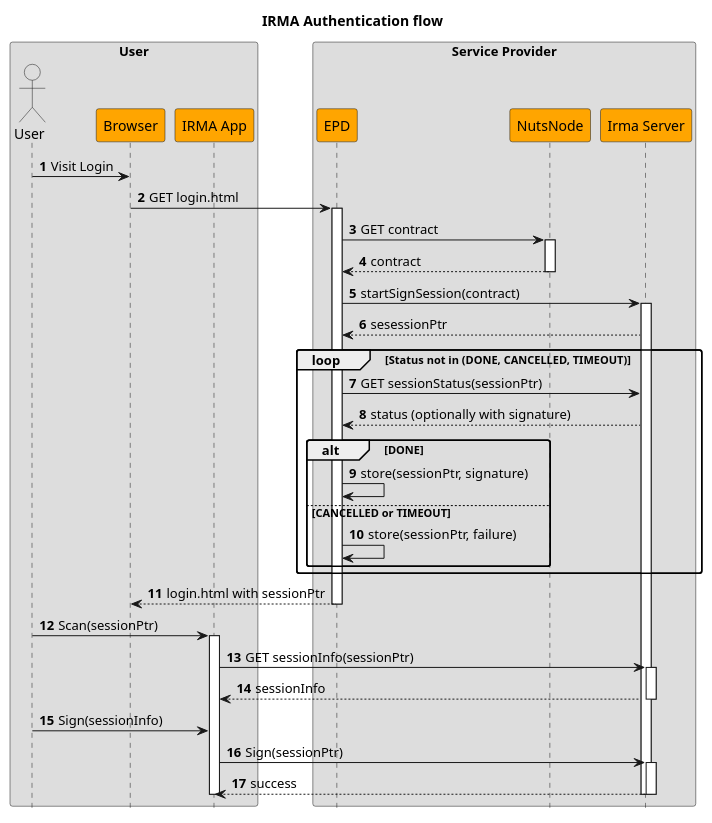
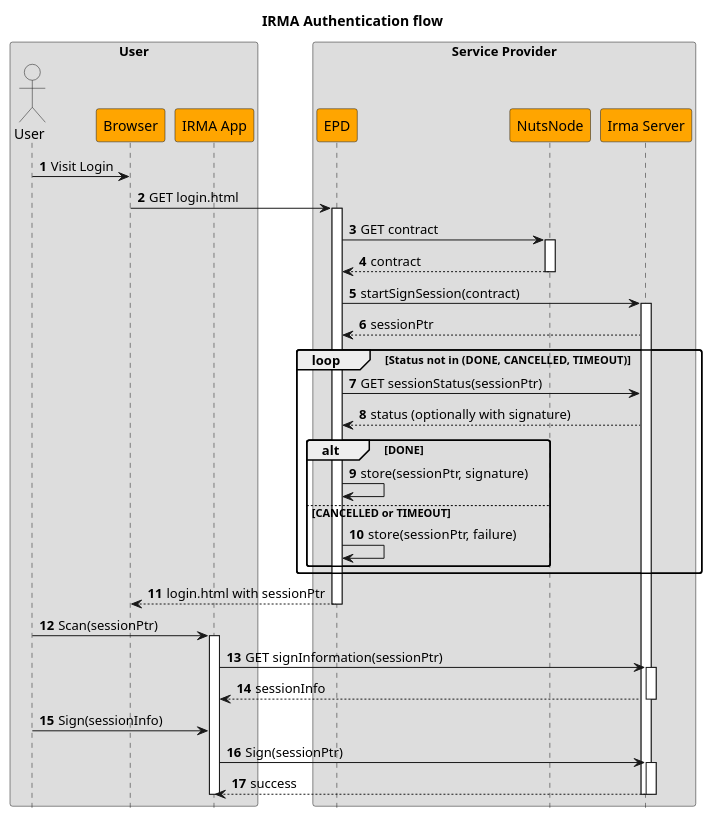
Before and after one commit to nuts-foundation/nuts-auth: the diagram in docs/_static/irma-flow.puml, drawn with PlantUML. The commit also changed 1 other file, not shown here.

Commit message:
Fix typo in diagram

```diff
--- a/docs/_static/irma-flow.puml
+++ b/docs/_static/irma-flow.puml
@@ -1,61 +1,61 @@
 @startuml
 hide footbox
 skinparam roundcorner 5
 skinparam shadowing false
 skinparam sequence {
    ParticipantBackgroundColor orange
    ActorBackgroundColor none
 }
 skinparam BoxPadding 15
 
 title IRMA Authentication flow
 autonumber
 
 box User
 actor User order 10
 participant Browser order 20
 participant "IRMA App" as IrmaApp order 30
 endbox
 
 box Service Provider
 participant EPD order 40
 participant "NutsNode" as NutsNode order 50
 participant "Irma Server" as IrmaServer order 60
 endbox
 
 User -> Browser : Visit Login
 Browser -> EPD : GET login.html
 activate EPD
 
 EPD -> NutsNode : GET contract
 activate NutsNode
 return contract
 
 EPD -> IrmaServer : startSignSession(contract)
 activate IrmaServer
-IrmaServer --> EPD : sesessionPtr
+IrmaServer --> EPD : sessionPtr
 loop Status not in (DONE, CANCELLED, TIMEOUT)
     EPD -> IrmaServer : GET sessionStatus(sessionPtr)
     IrmaServer --> EPD : status (optionally with signature)
     alt DONE
         EPD -> EPD : store(sessionPtr, signature)
     else CANCELLED or TIMEOUT
         EPD -> EPD : store(sessionPtr, failure)
     end
 end
 EPD --> Browser : login.html with sessionPtr
 deactivate EPD
 
 User -> IrmaApp : Scan(sessionPtr)
 activate IrmaApp
-IrmaApp -> IrmaServer : GET sessionInfo(sessionPtr)
+IrmaApp -> IrmaServer : GET signInformation(sessionPtr)
 activate IrmaServer
 return sessionInfo
 User -> IrmaApp : Sign(sessionInfo)
 IrmaApp -> IrmaServer : Sign(sessionPtr)
 activate IrmaServer
 return success
 deactivate IrmaApp
 deactivate IrmaServer
 
 @enduml
```
